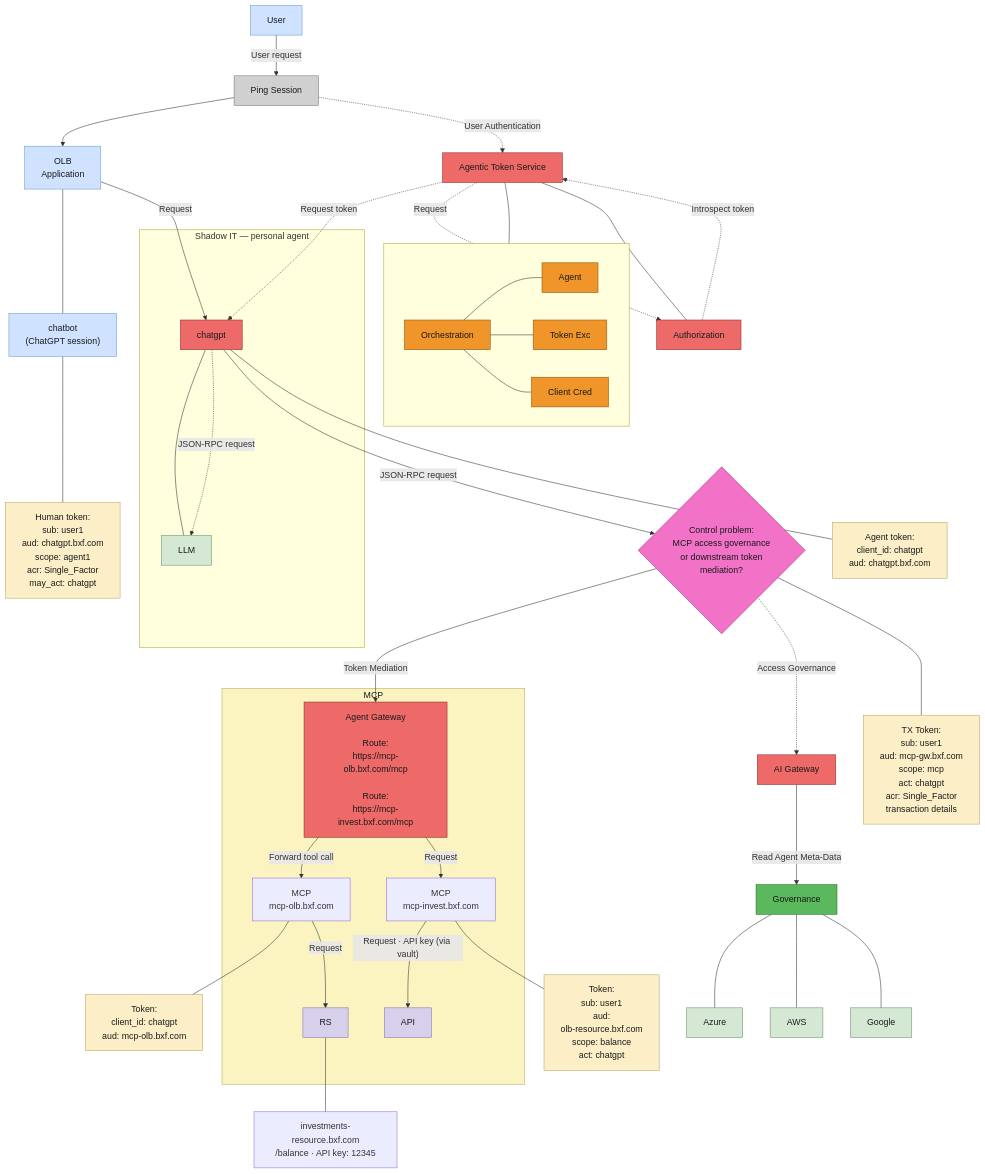
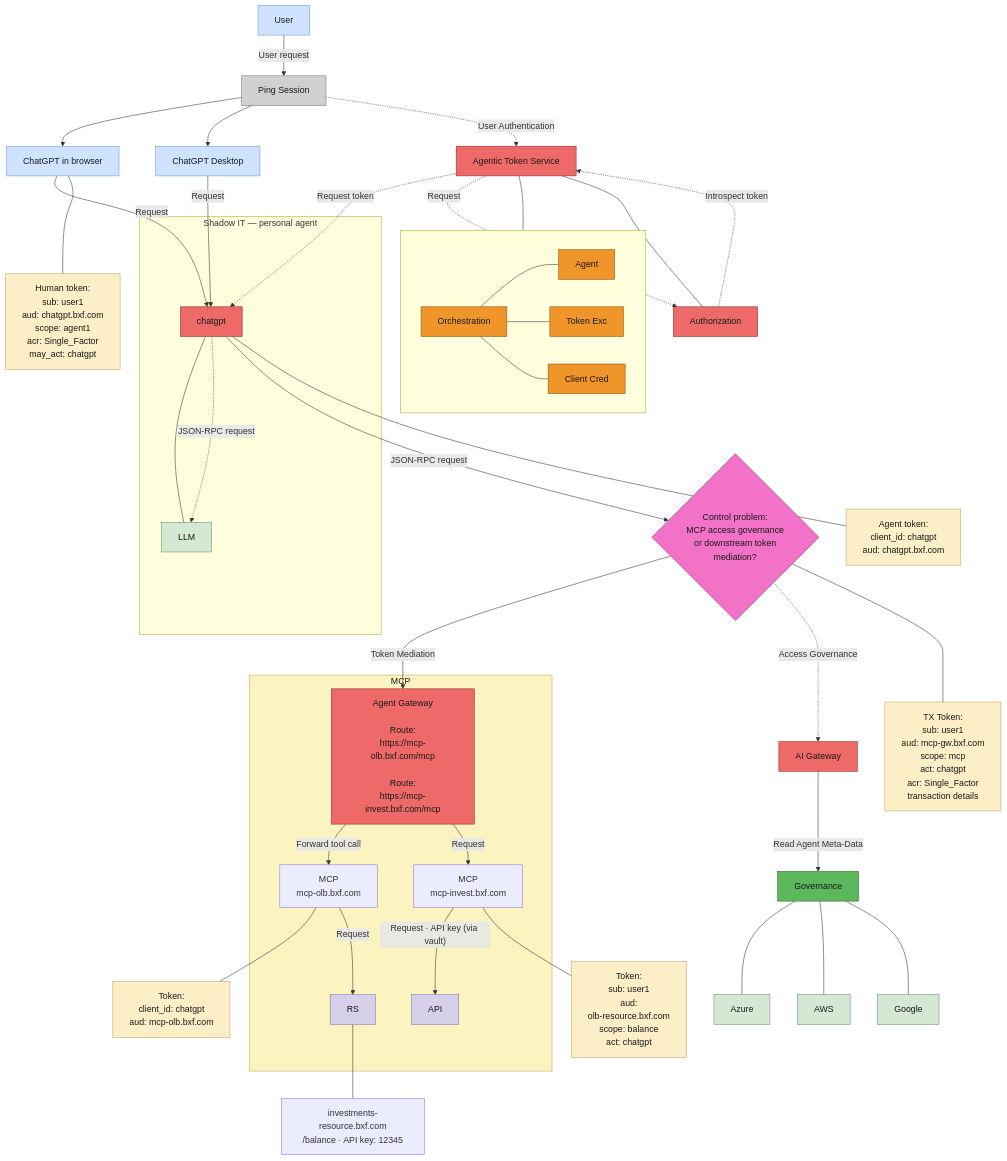
One commit to curtismu7/AI-DEMO2 changed the diagram in docs/diagrams/personal-agent-chatgpt.mmd. Above: the diagram before and after it, drawn with Mermaid. The commit also changed 1 other file, not shown here.

Commit message:
docs(diagrams): replace OLB Application with ChatGPT Desktop + browser entry points

```diff
--- a/docs/diagrams/personal-agent-chatgpt.mmd
+++ b/docs/diagrams/personal-agent-chatgpt.mmd
@@ -1,103 +1,104 @@
 %% Personal agent version of "V2 Agent - GW/Authorize" (Lucid page)
 %% ChatGPT is the personal agent — Desktop app and browser ChatGPT
 %% Colors sampled from the V2 Agent - GW_Authorize.png
 flowchart TB
     ATS["Agentic Token Service"]
     subgraph ATSSUB[" "]
         direction LR
         ORCH["Orchestration"]
         AGT["Agent"]
         TXE["Token Exc"]
         CCRED["Client Cred"]
     end
     AUTHZ["Authorization"]
 
     USER["User"]
     PINGSESS["Ping Session"]
-    APP["OLB<br/>Application"]
-    CHATBOT["chatbot<br/>(ChatGPT session)"]
+    CHATB["ChatGPT in browser"]
+    GPTD["ChatGPT Desktop"]
 
     HTOK["Human token:<br/>sub: user1<br/>aud: chatgpt.bxf.com<br/>scope: agent1<br/>acr: Single_Factor<br/>may_act: chatgpt"]
     AGTOK["Agent token:<br/>client_id: chatgpt<br/>aud: chatgpt.bxf.com"]
     TXTOK["TX Token:<br/>sub: user1<br/>aud: mcp-gw.bxf.com<br/>scope: mcp<br/>act: chatgpt<br/>acr: Single_Factor<br/>transaction details"]
 
     subgraph SHADOW["Shadow IT — personal agent"]
         AGENT1["chatgpt"]
         LLM["LLM"]
     end
 
     DEC{"Control problem:<br/>MCP access governance<br/>or downstream token<br/>mediation?"}
 
     subgraph MCPBOX["MCP"]
         GW["Agent Gateway<br/><br/>Route:<br/>https://mcp-olb.bxf.com/mcp<br/><br/>Route:<br/>https://mcp-invest.bxf.com/mcp"]
         MCPOLB["MCP<br/>mcp-olb.bxf.com"]
         MCPINV["MCP<br/>mcp-invest.bxf.com"]
         RS["RS"]
         API["API"]
     end
     MOLTOK["Token:<br/>sub: user1<br/>aud:<br/>olb-resource.bxf.com<br/>scope: balance<br/>act: chatgpt"]
     MTOK["Token:<br/>client_id: chatgpt<br/>aud: mcp-olb.bxf.com"]
     INVTOK["investments-resource.bxf.com<br/>/balance · API key: 12345"]
 
     AIGW["AI Gateway"]
     GOV["Governance"]
     AZURE["Azure"]
     AWS["AWS"]
     GOOGLE["Google"]
 
     USER -->|"User request"| PINGSESS
-    PINGSESS --> APP
-    APP --- CHATBOT
+    PINGSESS --> CHATB
+    PINGSESS --> GPTD
     PINGSESS -.->|"User Authentication"| ATS
     ATS --- ORCH
     ORCH --- AGT
     ORCH --- TXE
     ORCH --- CCRED
     AUTHZ --- ATS
     AUTHZ -.->|"Introspect token"| ATS
-    APP -->|"Request"| AGENT1
+    CHATB -->|"Request"| AGENT1
+    GPTD -->|"Request"| AGENT1
     ATS -.->|"Request token"| AGENT1
     ATS -.->|"Request"| AUTHZ
-    CHATBOT --- HTOK
+    CHATB --- HTOK
     AGENT1 --- LLM
     AGENT1 -.->|"JSON-RPC request"| LLM
     AGENT1 -->|"JSON-RPC request"| DEC
     AGENT1 --- AGTOK
     DEC -->|"Token Mediation"| GW
     DEC -.->|"Access Governance"| AIGW
     GW -->|"Forward tool call"| MCPOLB
     GW -->|"Request"| MCPINV
     MCPOLB --- MTOK
     MCPOLB -->|"Request"| RS
     RS --- INVTOK
     MCPINV -->|"Request · API key (via vault)"| API
     MCPINV --- MOLTOK
     DEC --- TXTOK
     AIGW -->|"Read Agent Meta-Data"| GOV
     GOV --- AZURE
     GOV --- AWS
     GOV --- GOOGLE
 
     classDef red fill:#ee6a68,stroke:#8a2f2a,color:#1a1a1a
     classDef orange fill:#f0952a,stroke:#8a5410,color:#1a1a1a
     classDef cream fill:#fcefc7,stroke:#b8a66a,color:#1a1a1a
     classDef pink fill:#f272c8,stroke:#a12a76,color:#1a1a1a
     classDef yellow fill:#fbf3c0,stroke:#b8ac60,color:#1a1a1a
     classDef blue fill:#cfe2ff,stroke:#6b9bd2,color:#1a1a1a
     classDef green fill:#d5e8d4,stroke:#6a936a,color:#1a1a1a
     classDef dgreen fill:#5cb85c,stroke:#2d6a2d,color:#1a1a1a
     classDef purple fill:#d6d0ea,stroke:#8077ad,color:#1a1a1a
     classDef grey fill:#d0d0d0,stroke:#777777,color:#1a1a1a
 
     class ATS,AUTHZ,GW,AIGW red
     class ORCH,AGT,TXE,CCRED orange
     class HTOK,AGTOK,TXTOK,MOLTOK,MTOK cream
     class DEC pink
     class MCPBOX yellow
-    class USER,APP,CHATBOT blue
+    class USER,CHATB,GPTD blue
     class AZURE,AWS,GOOGLE green
     class GOV dgreen
     class RS,API purple
     class AGENT1 red
     class LLM green
     class PINGSESS grey
```
